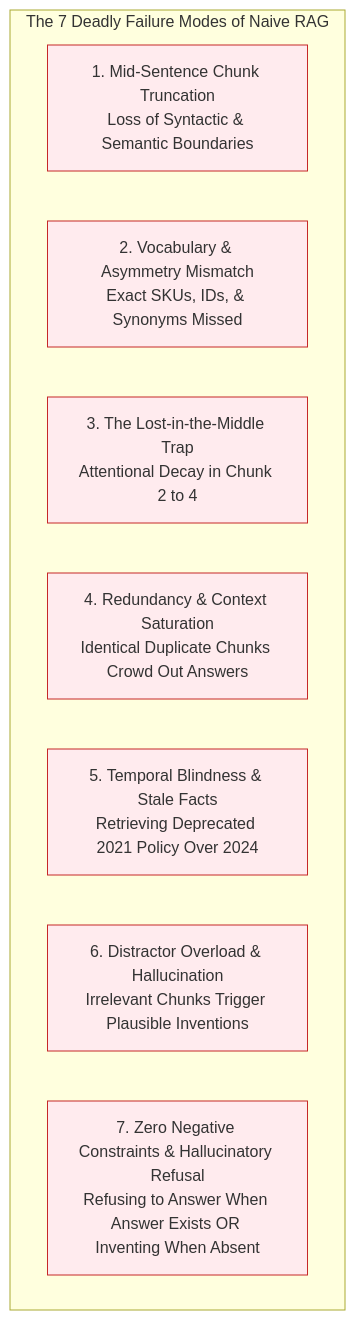
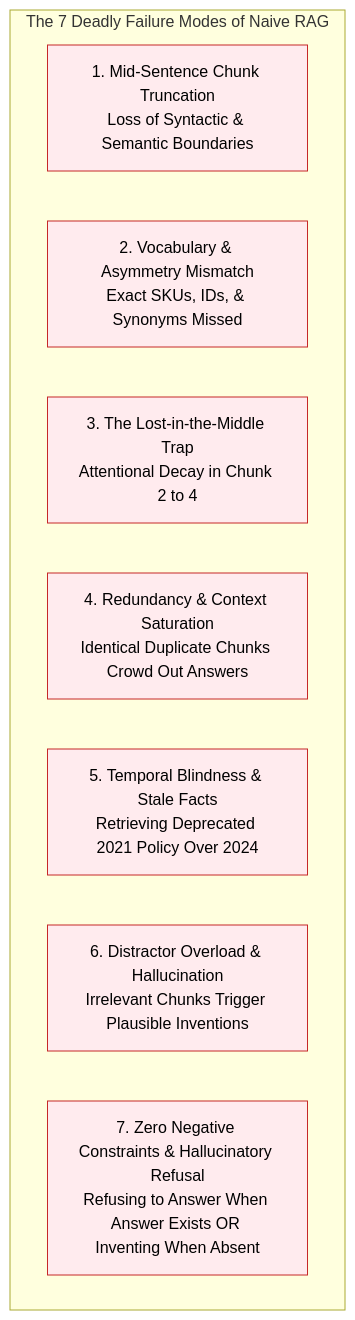
Before and after one commit to swapnil3104/RAG-Engineering: the third of 4 diagrams in 05-RAG-Pipeline/Basic-RAG.md, drawn with Mermaid. The commit also changed other lines of this file and 108 other files, not shown here.

Commit message:
fix: make chart text visible across all Mermaid diagrams and resolve markdown table formatting issues

````diff
--- a/05-RAG-Pipeline/Basic-RAG.md
+++ b/05-RAG-Pipeline/Basic-RAG.md
@@ -154,20 +154,20 @@
 ```mermaid
 flowchart TD
     subgraph Failures [The 7 Deadly Failure Modes of Naive RAG]
         F1["1. Mid-Sentence Chunk Truncation<br/>Loss of Syntactic & Semantic Boundaries"]
         F2["2. Vocabulary & Asymmetry Mismatch<br/>Exact SKUs, IDs, & Synonyms Missed"]
         F3["3. The Lost-in-the-Middle Trap<br/>Attentional Decay in Chunk 2 to 4"]
         F4["4. Redundancy & Context Saturation<br/>Identical Duplicate Chunks Crowd Out Answers"]
         F5["5. Temporal Blindness & Stale Facts<br/>Retrieving Deprecated 2021 Policy Over 2024"]
         F6["6. Distractor Overload & Hallucination<br/>Irrelevant Chunks Trigger Plausible Inventions"]
         F7["7. Zero Negative Constraints & Hallucinatory Refusal<br/>Refusing to Answer When Answer Exists OR Inventing When Absent"]
     end
 
-    style F1 fill:#ffebee,stroke:#c62828,stroke-width:1px
-    style F2 fill:#ffebee,stroke:#c62828,stroke-width:1px
-    style F3 fill:#ffebee,stroke:#c62828,stroke-width:1px
-    style F4 fill:#ffebee,stroke:#c62828,stroke-width:1px
-    style F5 fill:#ffebee,stroke:#c62828,stroke-width:1px
-    style F6 fill:#ffebee,stroke:#c62828,stroke-width:1px
-    style F7 fill:#ffebee,stroke:#c62828,stroke-width:1px
+    style F1 fill:#ffebee,stroke:#c62828,stroke-width:1px,color:#000000
+    style F2 fill:#ffebee,stroke:#c62828,stroke-width:1px,color:#000000
+    style F3 fill:#ffebee,stroke:#c62828,stroke-width:1px,color:#000000
+    style F4 fill:#ffebee,stroke:#c62828,stroke-width:1px,color:#000000
+    style F5 fill:#ffebee,stroke:#c62828,stroke-width:1px,color:#000000
+    style F6 fill:#ffebee,stroke:#c62828,stroke-width:1px,color:#000000
+    style F7 fill:#ffebee,stroke:#c62828,stroke-width:1px,color:#000000
 ```
````
